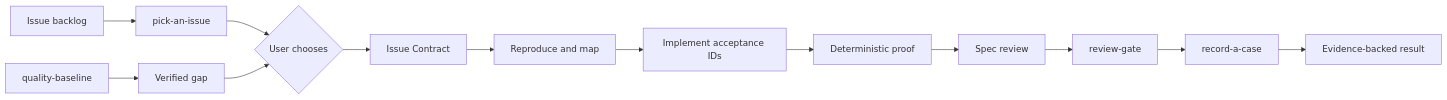
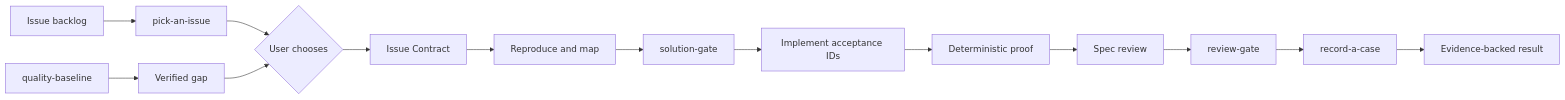
The diagram in README.md (Railly/skills), drawn with Mermaid before and after one commit. The commit also changed other lines of this file and 5 other files, not shown here.

````diff
--- a/README.md
+++ b/README.md
@@ -59,15 +63,16 @@
 ```mermaid
 flowchart LR
   Baseline[quality-baseline] --> Gap[Verified gap]
   Backlog[Issue backlog] --> Pick[pick-an-issue]
   Pick --> Choice{User chooses}
   Gap --> Choice
   Choice --> Contract[Issue Contract]
   Contract --> Reproduce[Reproduce and map]
-  Reproduce --> Change[Implement acceptance IDs]
+  Reproduce --> Shape[solution-gate]
+  Shape --> Change[Implement acceptance IDs]
   Change --> Proof[Deterministic proof]
   Proof --> Spec[Spec review]
   Spec --> Review[review-gate]
   Review --> Case[record-a-case]
   Case --> Result[Evidence-backed result]
 ```
````
